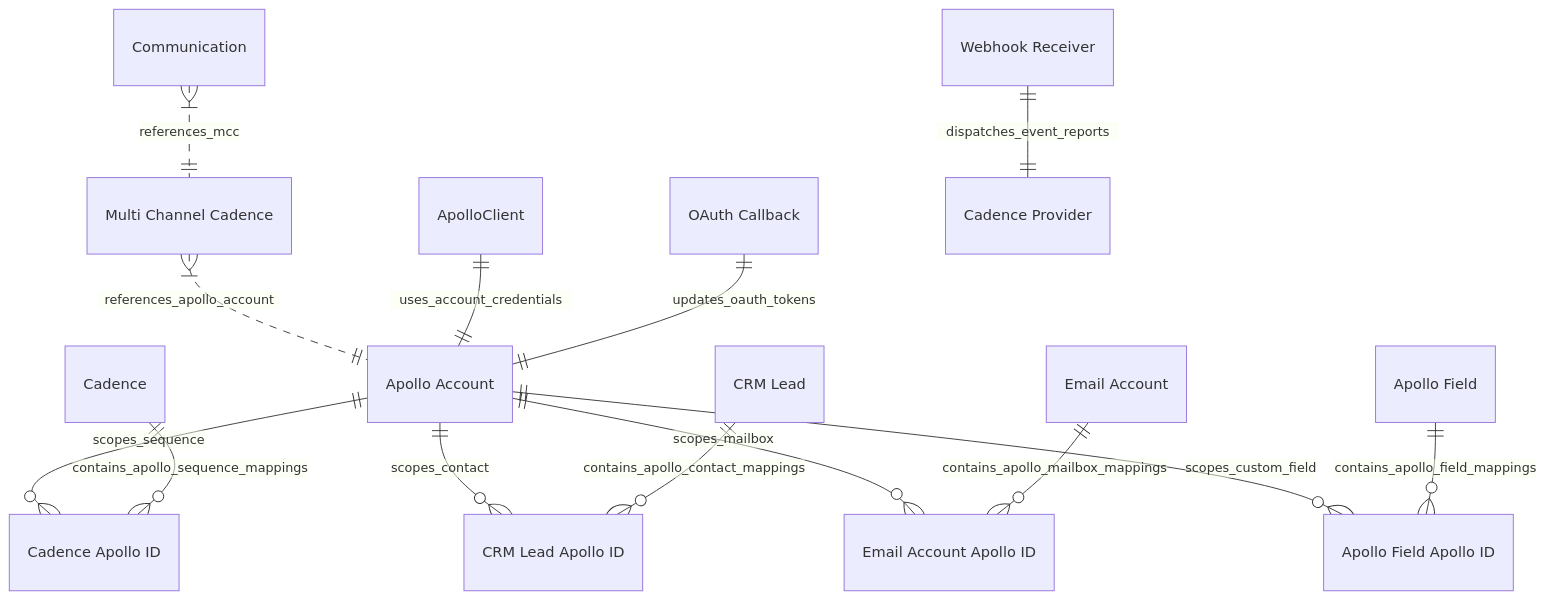
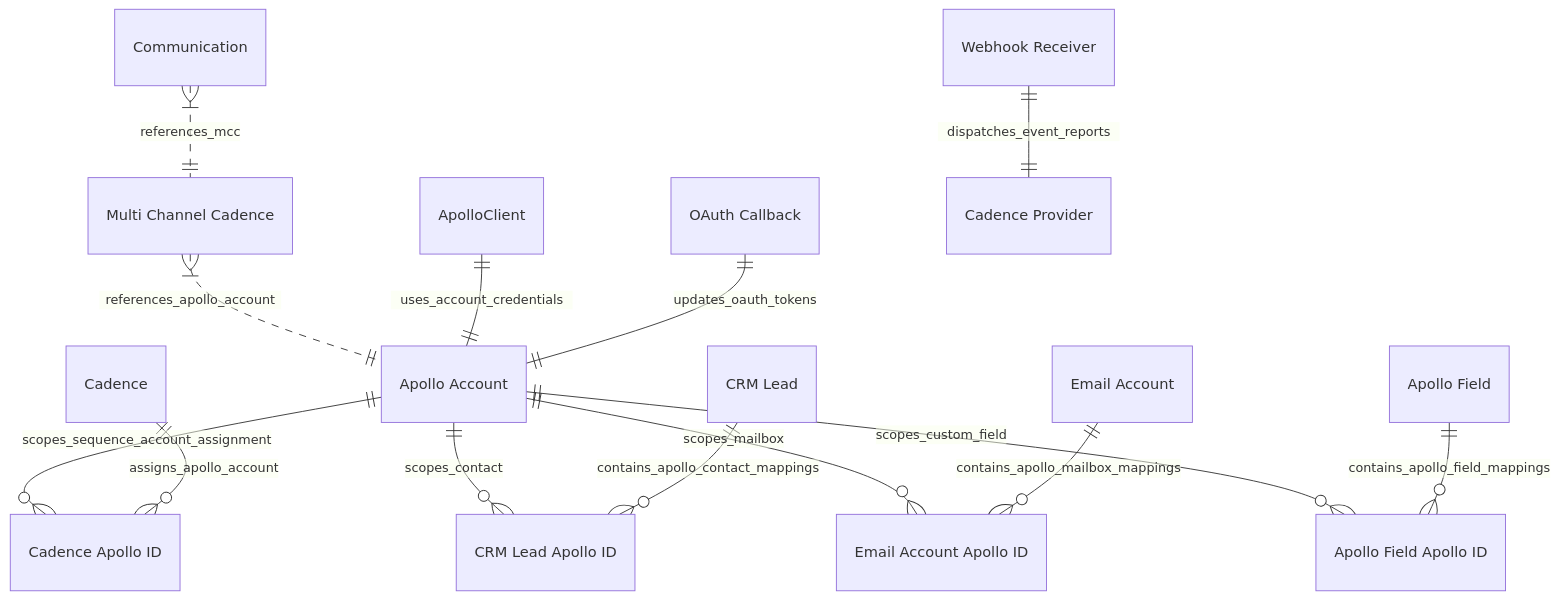
The second of 2 diagrams in docs/architecture/arc42/05_building_block_view.md (aurumorcom/frappe-apollo), drawn with Mermaid before and after one commit. The commit also changed 13 other files, not shown here.

First line of the commit message:
docs: refactor architecture for single sequence engine

````diff
--- a/docs/architecture/arc42/05_building_block_view.md
+++ b/docs/architecture/arc42/05_building_block_view.md
@@ -23,16 +23,16 @@
 ```mermaid
 erDiagram
-    "Apollo Account" ||--o{ "Cadence Apollo ID" : "scopes_sequence"
+    "Apollo Account" ||--o{ "Cadence Apollo ID" : "scopes_sequence_account_assignment"
     "Apollo Account" ||--o{ "CRM Lead Apollo ID" : "scopes_contact"
     "Apollo Account" ||--o{ "Email Account Apollo ID" : "scopes_mailbox"
     "Apollo Account" ||--o{ "Apollo Field Apollo ID" : "scopes_custom_field"
-    "Cadence" ||--o{ "Cadence Apollo ID" : "contains_apollo_sequence_mappings"
+    "Cadence" ||--o{ "Cadence Apollo ID" : "assigns_apollo_account"
     "CRM Lead" ||--o{ "CRM Lead Apollo ID" : "contains_apollo_contact_mappings"
     "Email Account" ||--o{ "Email Account Apollo ID" : "contains_apollo_mailbox_mappings"
     "Apollo Field" ||--o{ "Apollo Field Apollo ID" : "contains_apollo_field_mappings"
     "Multi Channel Cadence" }|..|| "Apollo Account" : "references_apollo_account"
     "Communication" }|..|| "Multi Channel Cadence" : "references_mcc"
     "ApolloClient" ||--|| "Apollo Account" : "uses_account_credentials"
     "OAuth Callback" ||--|| "Apollo Account" : "updates_oauth_tokens"
     "Webhook Receiver" ||--|| "Cadence Provider" : "dispatches_event_reports"
 ```
````
